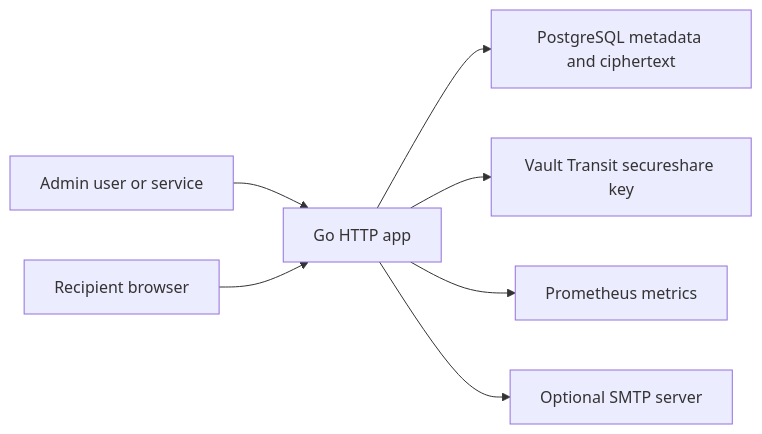
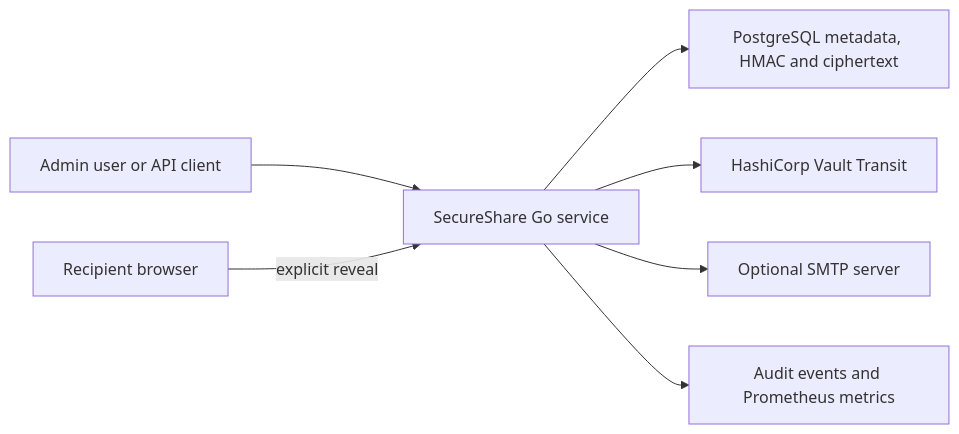
One commit to Operalith/secureshare changed the diagram in README.md. Above: the diagram before and after it, drawn with Mermaid. The commit also changed other lines of this file and 29 other files, not shown here.

Commit message:
chore(release): prepare SecureShare v0.1.0

````diff
--- a/README.md
+++ b/README.md
@@ -64,9 +90,9 @@
 ```mermaid
 flowchart LR
-  A["Admin user or service"] --> B["Go HTTP app"]
-  B --> C["PostgreSQL metadata and ciphertext"]
-  B --> D["Vault Transit secureshare key"]
-  E["Recipient browser"] --> B
-  B --> F["Prometheus metrics"]
-  B --> G["Optional SMTP server"]
+  A["Admin user or API client"] --> B["SecureShare Go service"]
+  B --> C["PostgreSQL metadata, HMAC and ciphertext"]
+  B --> D["HashiCorp Vault Transit"]
+  B --> E["Optional SMTP server"]
+  F["Recipient browser"] -->|"explicit reveal"| B
+  B --> G["Audit events and Prometheus metrics"]
 ```
````
